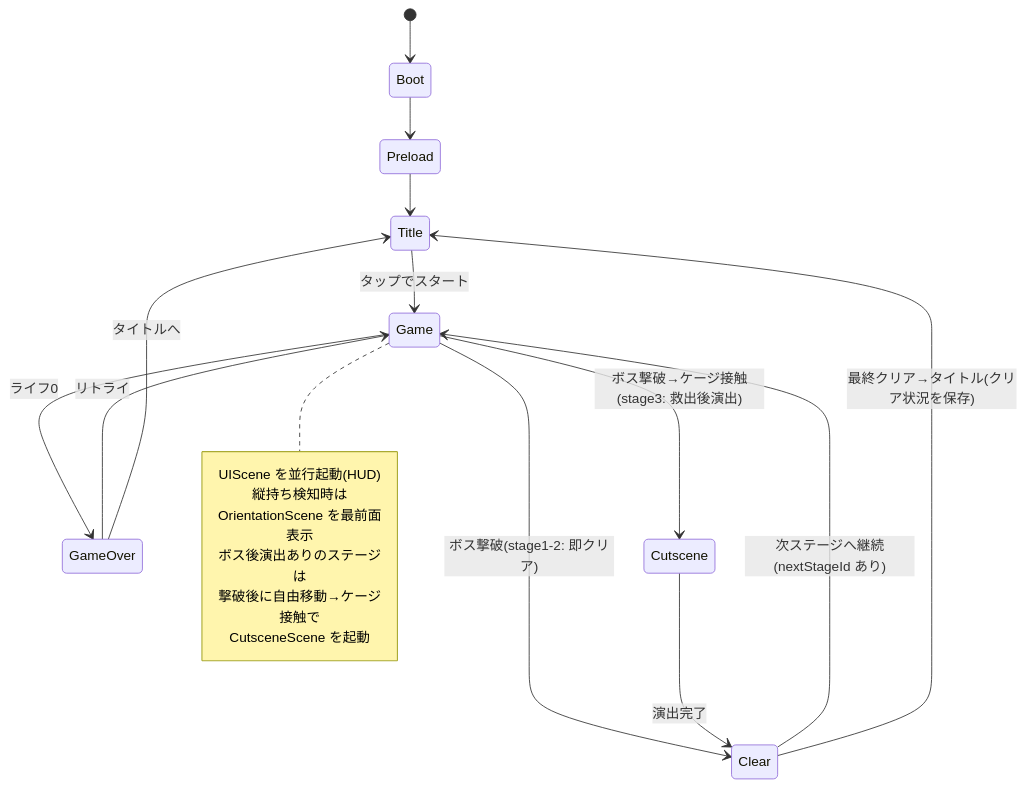
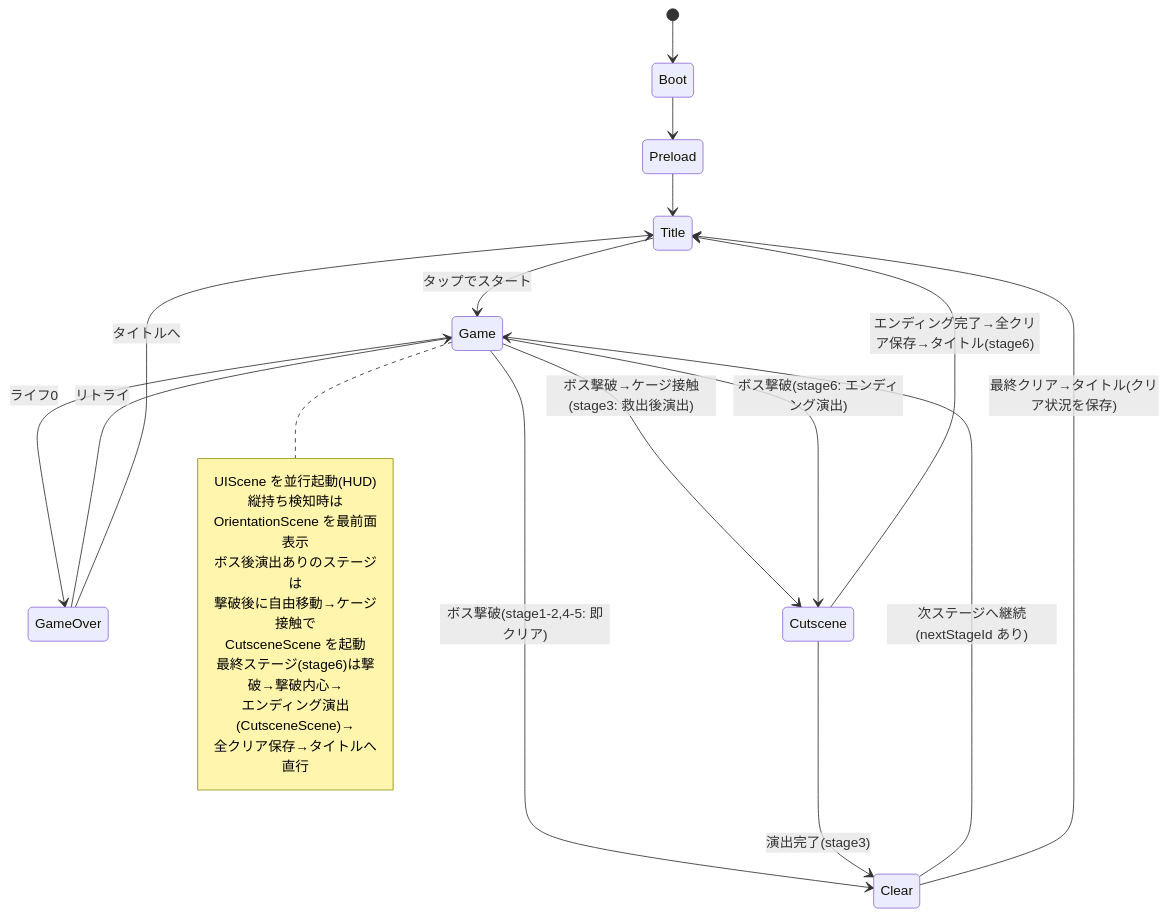
One commit to n-yata/last-spark changed the second of 4 diagrams in docs/functional-design.md. Above: the diagram before and after it, drawn with Mermaid. The commit also changed other lines of this file and 22 other files, not shown here.

````diff
--- a/docs/functional-design.md
+++ b/docs/functional-design.md
@@ -331,24 +335,29 @@
 ```mermaid
 stateDiagram-v2
     [*] --> Boot
     Boot --> Preload
     Preload --> Title
     Title --> Game: タップでスタート
     Game --> GameOver: ライフ0
-    Game --> Clear: ボス撃破(stage1-2: 即クリア)
+    Game --> Clear: ボス撃破(stage1-2,4-5: 即クリア)
     Game --> Cutscene: ボス撃破→ケージ接触(stage3: 救出後演出)
-    Cutscene --> Clear: 演出完了
+    Game --> Cutscene: ボス撃破(stage6: エンディング演出)
+    Cutscene --> Clear: 演出完了(stage3)
+    Cutscene --> Title: エンディング完了→全クリア保存→タイトル(stage6)
     GameOver --> Game: リトライ
     GameOver --> Title: タイトルへ
     Clear --> Game: 次ステージへ継続(nextStageId あり)
     Clear --> Title: 最終クリア→タイトル(クリア状況を保存)
 
     note right of Game
         UIScene を並行起動(HUD)
         縦持ち検知時は
         OrientationScene を最前面表示
         ボス後演出ありのステージは
         撃破後に自由移動→ケージ接触で
         CutsceneScene を起動
+        最終ステージ(stage6)は撃破→撃破内心→
+        エンディング演出(CutsceneScene)→
+        全クリア保存→タイトルへ直行
     end note
 ```
````
